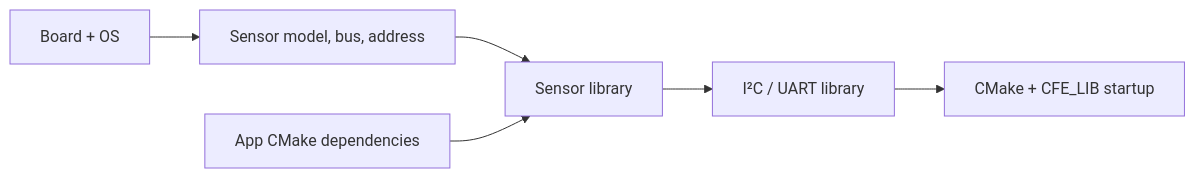
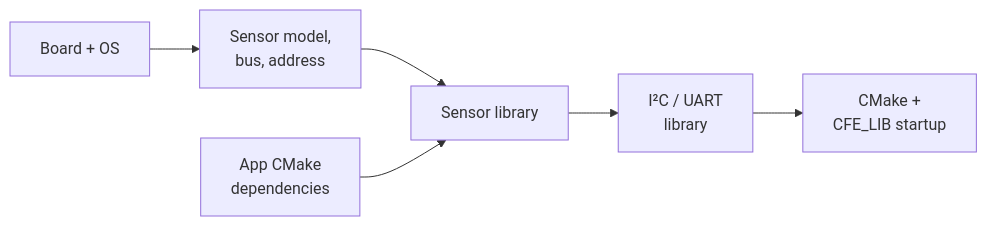
The second of 2 diagrams in project/README.md (Raiagues/cfs_emulator), drawn with Mermaid before and after one commit. The commit also changed other lines of this file and 70 other files, not shown here.

````diff
--- a/project/README.md
+++ b/project/README.md
@@ -81,8 +86,8 @@
 ```mermaid
 flowchart LR
-    Profile[Board + OS] --> Device[Sensor model, bus, address]
+    Profile[Board + OS] --> Device["Sensor model,<br/>bus, address"]
     Device --> Sensor[Sensor library]
-    App[App CMake dependencies] --> Sensor
-    Sensor --> Bus[I²C / UART library]
-    Bus --> Native[CMake + CFE_LIB startup]
+    App["App CMake<br/>dependencies"] --> Sensor
+    Sensor --> Bus["I²C / UART<br/>library"]
+    Bus --> Native["CMake +<br/>CFE_LIB startup"]
 ```
````
